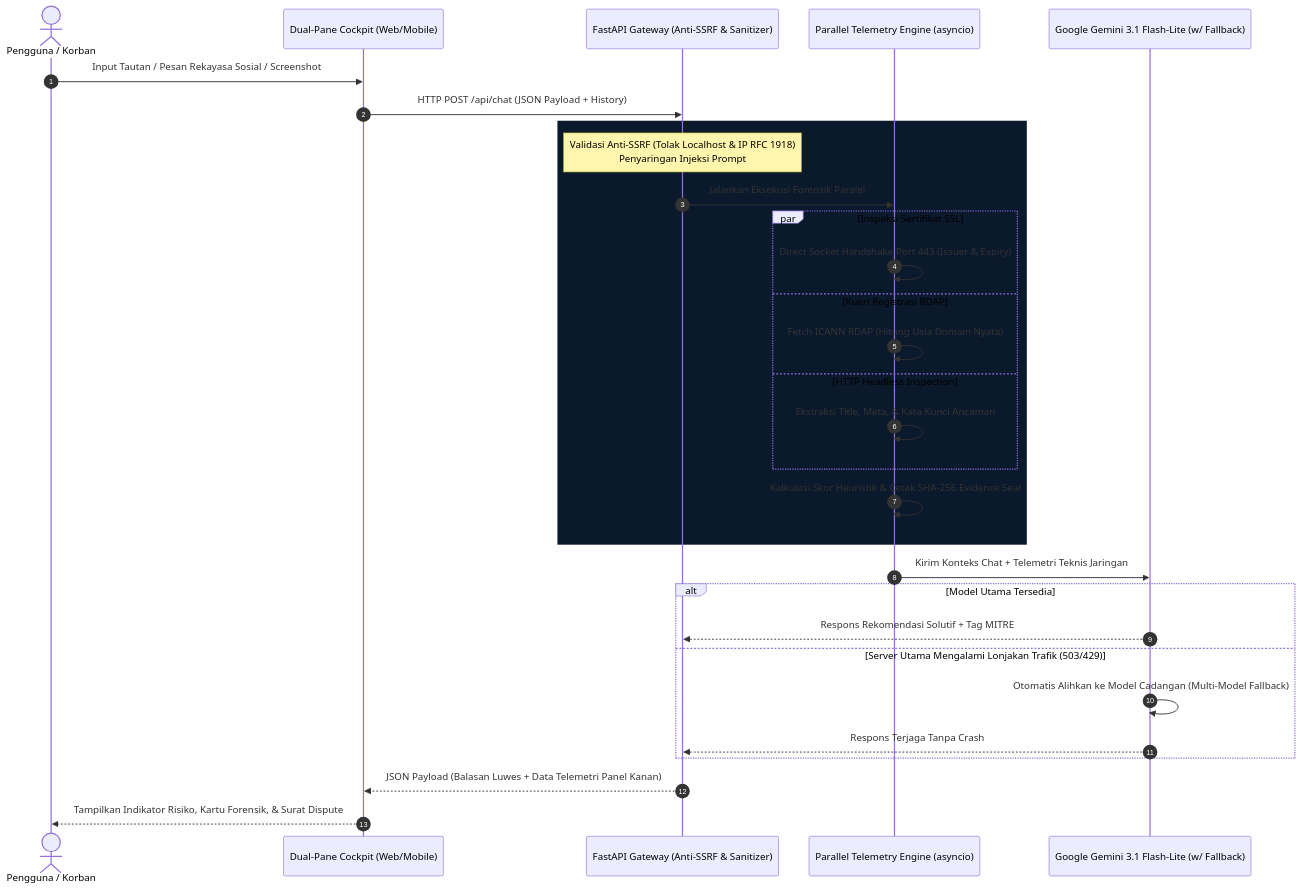
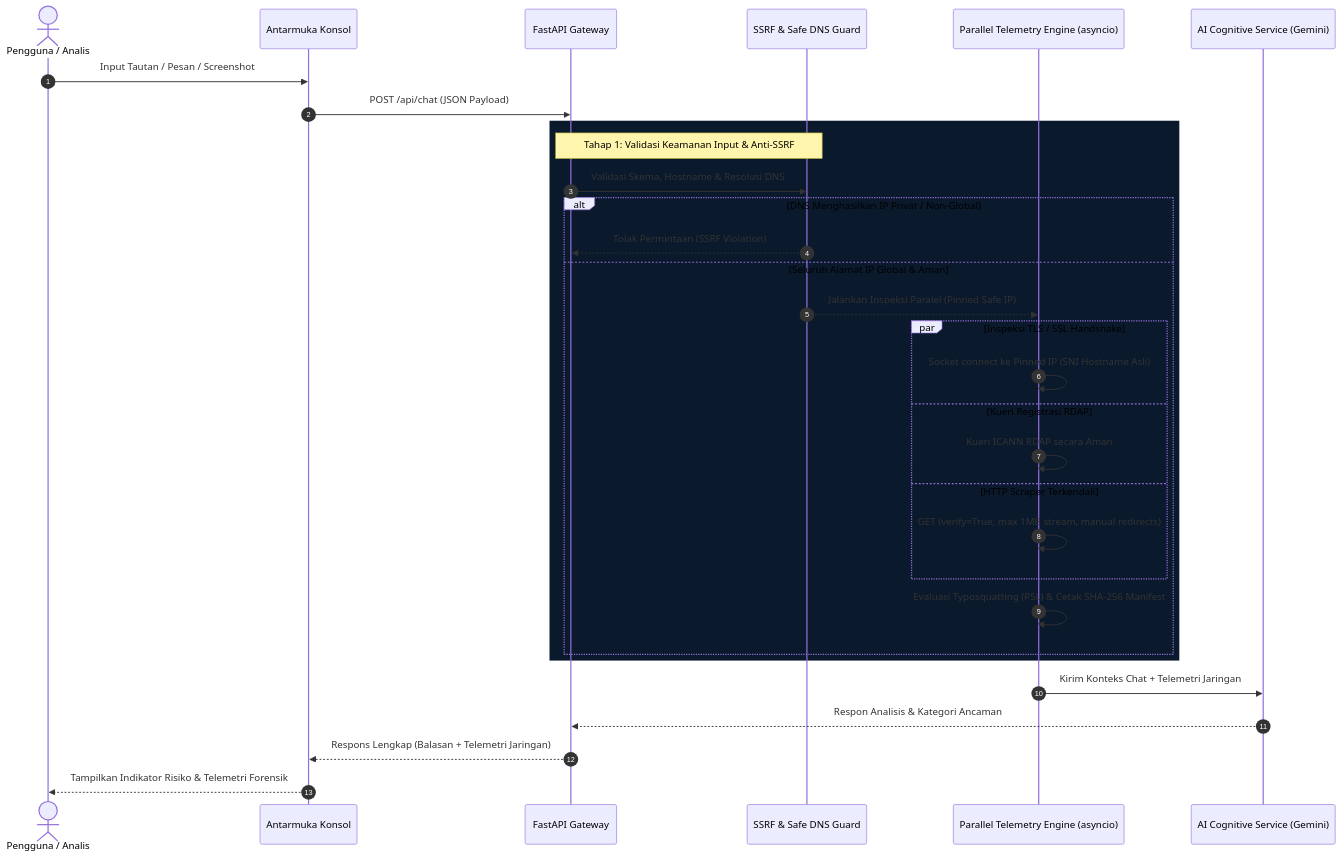
One commit to ChoqySirait/Chatbot changed the first of 2 diagrams in README.md. Above: the diagram before and after it, drawn with Mermaid. The commit also changed other lines of this file and 16 other files, not shown here.

````diff
--- a/README.md
+++ b/README.md
@@ -97,37 +69,36 @@
 ```mermaid
 sequenceDiagram
     autonumber
-    actor User as Pengguna / Korban
-    participant UI as Dual-Pane Cockpit (Web/Mobile)
-    participant GW as FastAPI Gateway (Anti-SSRF & Sanitizer)
+    actor User as Pengguna / Analis
+    participant UI as Antarmuka Konsol
+    participant GW as FastAPI Gateway
+    participant SEC as SSRF & Safe DNS Guard
     participant Core as Parallel Telemetry Engine (asyncio)
-    participant AI as Google Gemini 3.1 Flash-Lite (w/ Fallback)
+    participant AI as AI Cognitive Service (Gemini)
 
-    User->>UI: Input Tautan / Pesan Rekayasa Sosial / Screenshot
-    UI->>GW: HTTP POST /api/chat (JSON Payload + History)
+    User->>UI: Input Tautan / Pesan / Screenshot
+    UI->>GW: POST /api/chat (JSON Payload)
     
     rect rgb(11, 25, 44)
-        Note over GW: Validasi Anti-SSRF (Tolak Localhost & IP RFC 1918)<br/>Penyaringan Injeksi Prompt
-        GW->>Core: Jalankan Eksekusi Forensik Paralel
-        par Inspeksi Sertifikat SSL
-            Core->>Core: Direct Socket Handshake Port 443 (Issuer & Expiry)
-        and Kueri Registrasi RDAP
-            Core->>Core: Fetch ICANN RDAP (Hitung Usia Domain Nyata)
-        and HTTP Headless Inspection
-            Core->>Core: Ekstraksi Title, Meta, & Kata Kunci Ancaman
+        Note over GW,SEC: Tahap 1: Validasi Keamanan Input & Anti-SSRF
+        GW->>SEC: Validasi Skema, Hostname & Resolusi DNS
+        alt DNS Menghasilkan IP Privat / Non-Global
+            SEC-->>GW: Tolak Permintaan (SSRF Violation)
+        else Seluruh Alamat IP Global & Aman
+            SEC-->>Core: Jalankan Inspeksi Paralel (Pinned Safe IP)
+            par Inspeksi TLS / SSL Handshake
+                Core->>Core: Socket connect ke Pinned IP (SNI Hostname Asli)
+            and Kueri Registrasi RDAP
+                Core->>Core: Kueri ICANN RDAP secara Aman
+            and HTTP Scraper Terkendali
+                Core->>Core: GET (verify=True, max 1MB stream, manual redirects)
+            end
+            Core->>Core: Evaluasi Typosquatting (PSL) & Cetak SHA-256 Manifest
         end
-        Core->>Core: Kalkulasi Skor Heuristik & Cetak SHA-256 Evidence Seal
     end
 
-    Core->>AI: Kirim Konteks Chat + Telemetri Teknis Jaringan
-    
-    alt Model Utama Tersedia
-        AI-->>GW: Respons Rekomendasi Solutif + Tag MITRE
-    else Server Utama Mengalami Lonjakan Trafik (503/429)
-        AI->>AI: Otomatis Alihkan ke Model Cadangan (Multi-Model Fallback)
-        AI-->>GW: Respons Terjaga Tanpa Crash
-    end
-
-    GW-->>UI: JSON Payload (Balasan Luwes + Data Telemetri Panel Kanan)
-    UI-->>User: Tampilkan Indikator Risiko, Kartu Forensik, & Surat Dispute 
+    Core->>AI: Kirim Konteks Chat + Telemetri Jaringan
+    AI-->>GW: Respon Analisis & Kategori Ancaman
+    GW-->>UI: Respons Lengkap (Balasan + Telemetri Jaringan)
+    UI-->>User: Tampilkan Indikator Risiko & Telemetri Forensik
 ```
````
